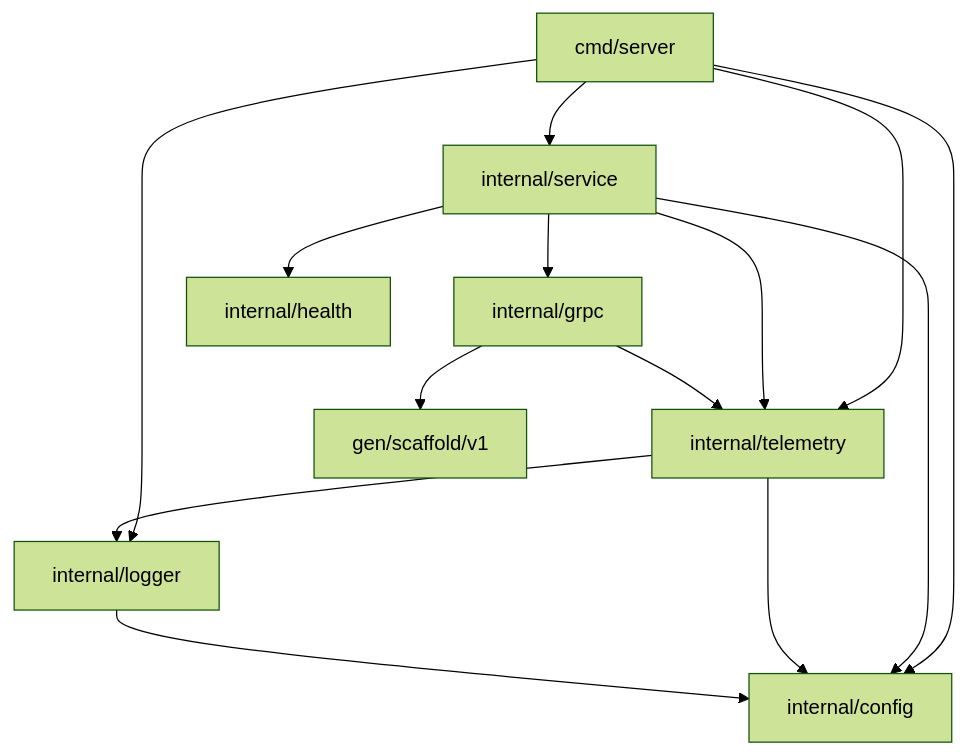
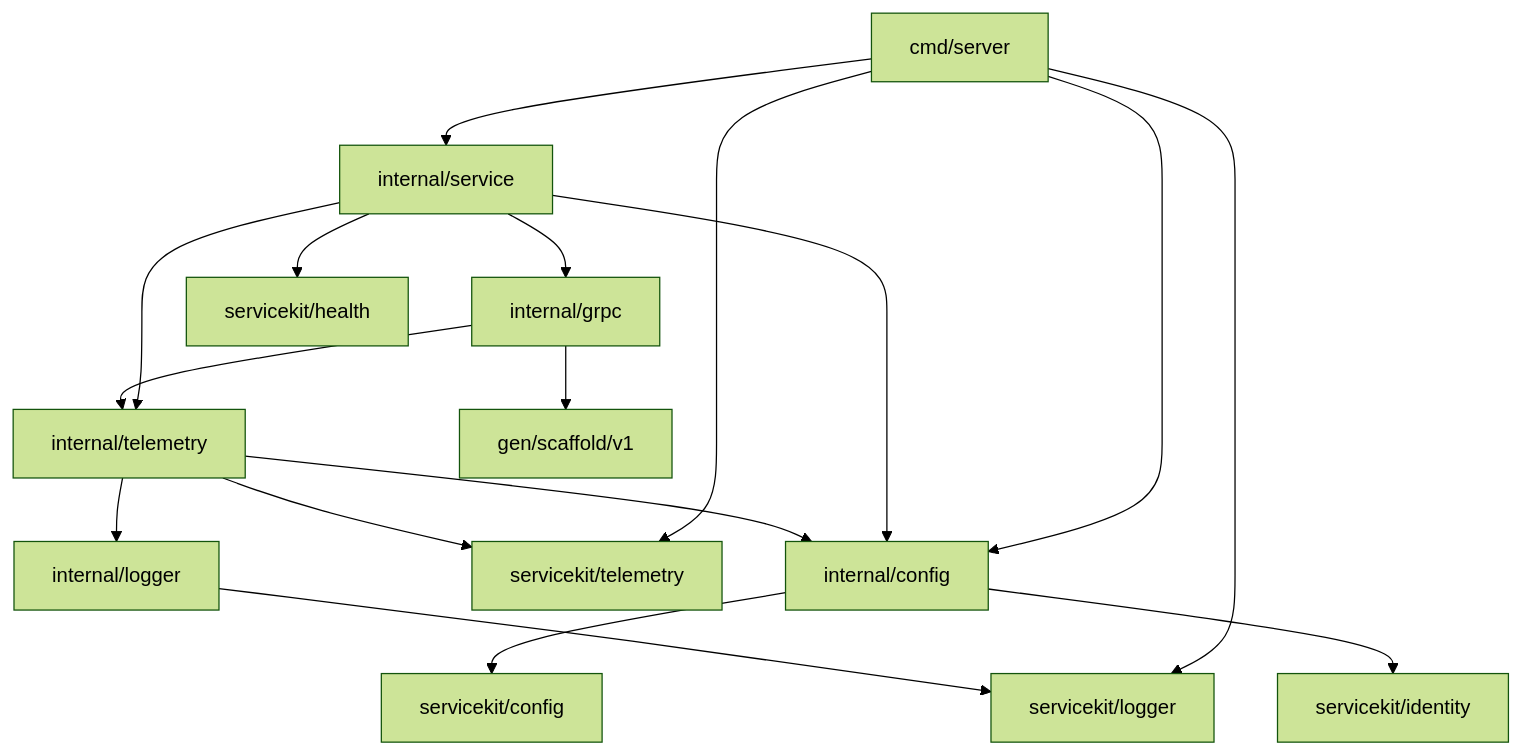
Before and after one commit to igor-baiborodine/insurance-hub: the diagram in templates/go-service/README.md, drawn with Mermaid (forest theme). The commit also changed other lines of this file and 28 other files, not shown here.

````diff
--- a/templates/go-service/README.md
+++ b/templates/go-service/README.md
@@ -374,16 +383,19 @@
 ```mermaid
 flowchart TD
     entry["cmd/server"] --> composition["internal/service"]
     entry --> config["internal/config"]
-    entry --> logger["internal/logger"]
-    entry --> telemetry["internal/telemetry"]
+    entry --> sharedLogger["servicekit/logger"]
+    entry --> sharedTelemetry["servicekit/telemetry"]
     composition --> grpc["internal/grpc"]
-    composition --> health["internal/health"]
-    composition --> telemetry
+    composition --> health["servicekit/health"]
+    composition --> telemetry["internal/telemetry"]
     composition --> config
     grpc --> telemetry
     grpc --> generated["gen/scaffold/v1"]
     telemetry --> config
-    telemetry --> logger
-    logger --> config
+    telemetry --> logger["internal/logger"]
+    telemetry --> sharedTelemetry
+    logger --> sharedLogger
+    config --> sharedConfig["servicekit/config"]
+    config --> sharedIdentity["servicekit/identity"]
 ```
````
